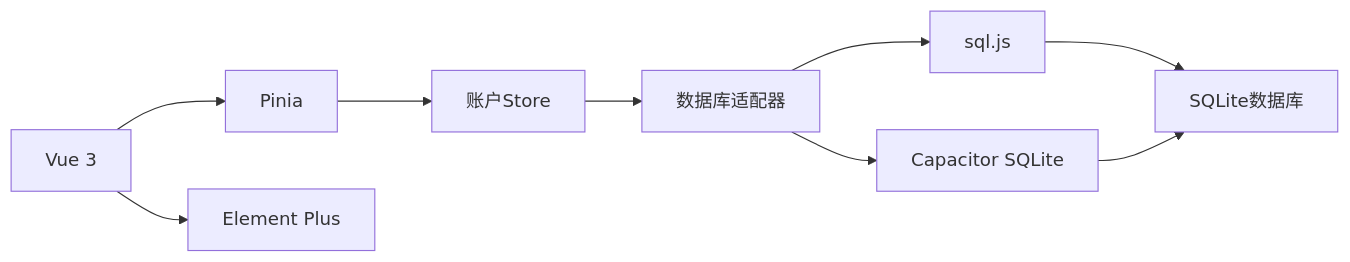
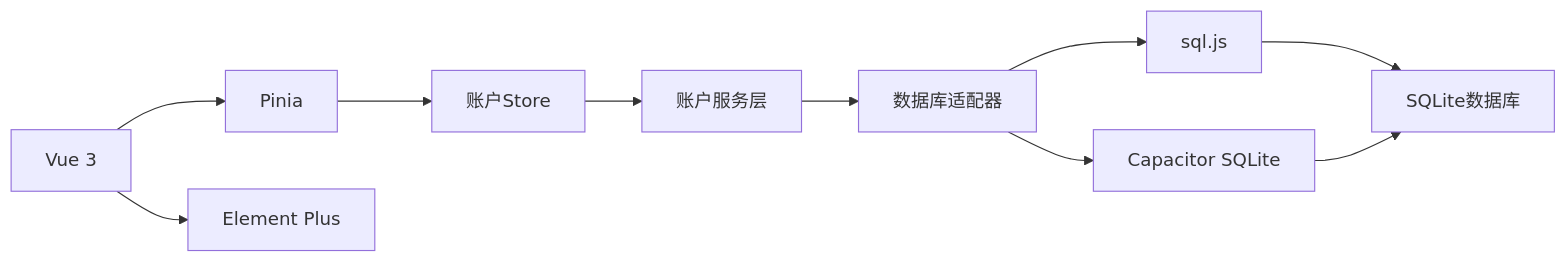
One commit to xiao-lin-unit/yuan changed the fifth of 5 diagrams in .qoder/repowiki/zh/content/账户管理/账户数据模型.md. Above: the diagram before and after it, drawn with Mermaid. The commit also changed other lines of this file and 19 other files, not shown here.

````diff
--- a/.qoder/repowiki/zh/content/账户管理/账户数据模型.md
+++ b/.qoder/repowiki/zh/content/账户管理/账户数据模型.md
@@ -283,11 +358,12 @@
 ```mermaid
 graph LR
 Vue[Vue 3] --> Pinia[Pinia]
 Vue --> ElementPlus[Element Plus]
 Pinia --> AccountStore[账户Store]
-AccountStore --> DatabaseAdapter[数据库适配器]
+AccountStore --> AccountService[账户服务层]
+AccountService --> DatabaseAdapter[数据库适配器]
 DatabaseAdapter --> SQLJS[sql.js]
 DatabaseAdapter --> CapacitorSQLite[Capacitor SQLite]
 SQLJS --> SQLite[SQLite数据库]
 CapacitorSQLite --> SQLite
 ```
````
